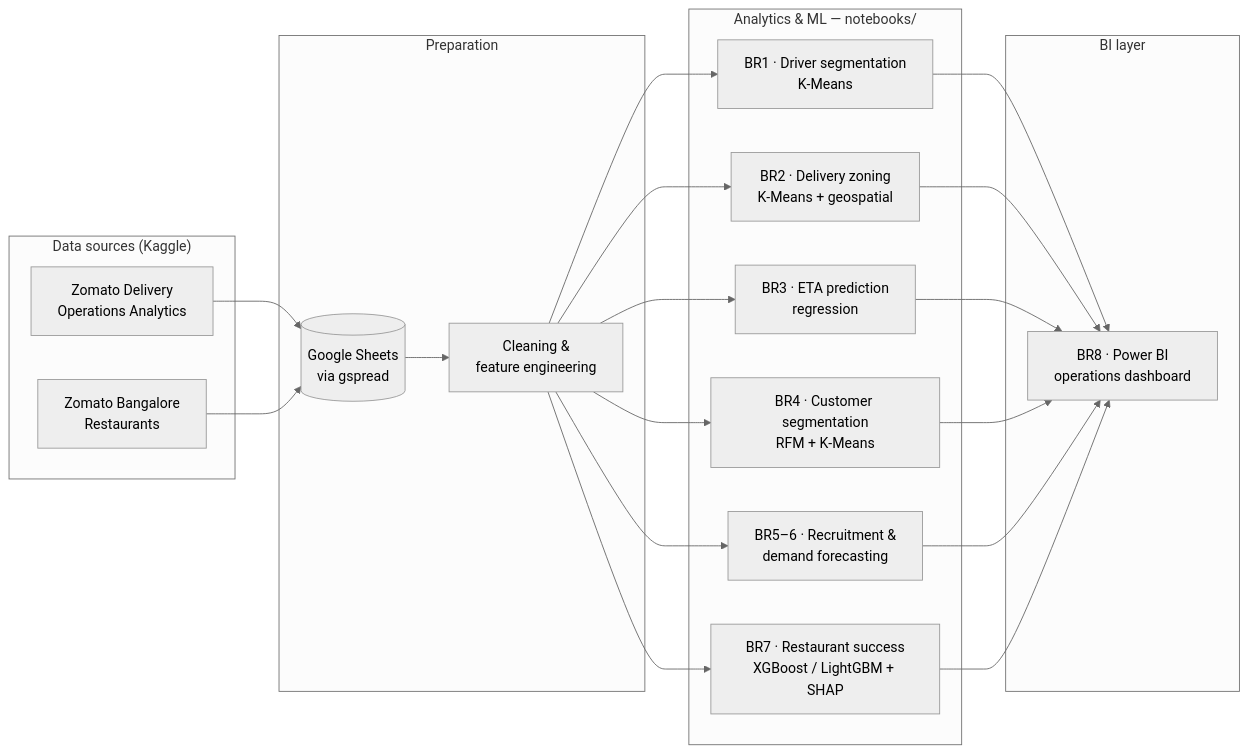
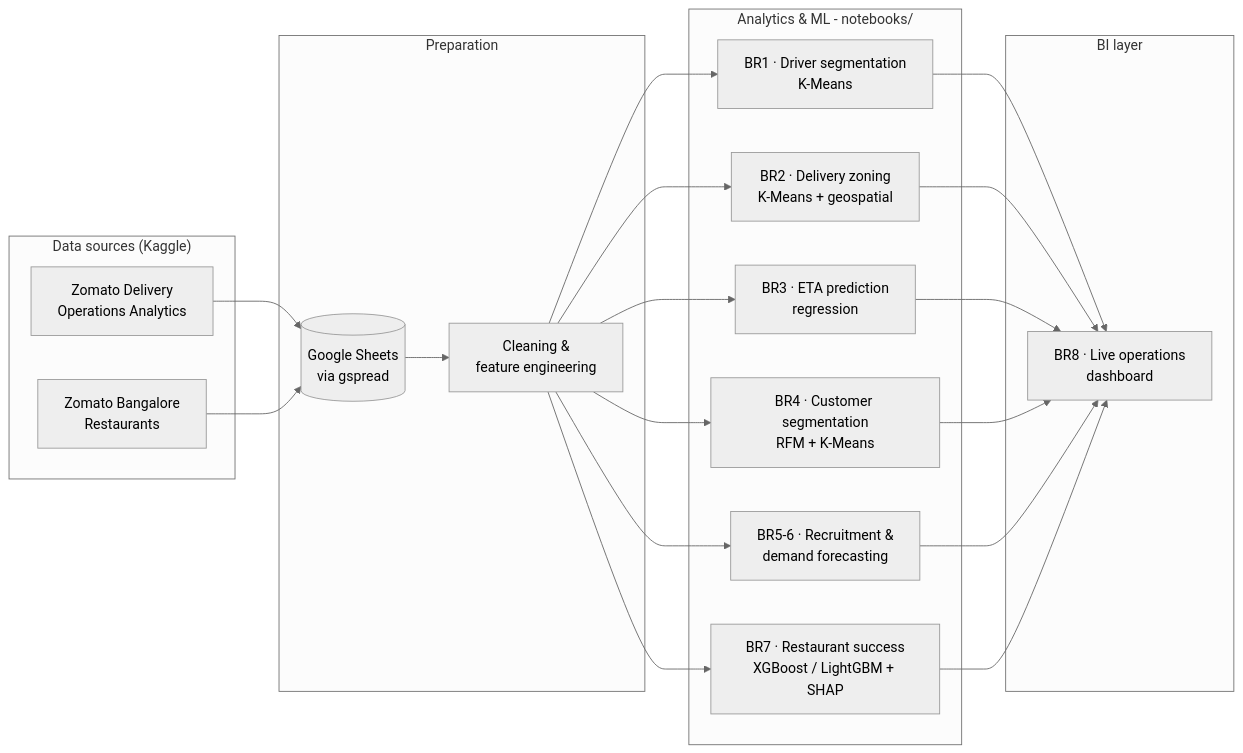
The diagram in README.md (hoainambrvt2001/zomato-transport-bi), drawn with Mermaid (neutral theme) before and after one commit. The commit also changed other lines of this file, not shown here.

Commit message:
Update README.md for new live report

````diff
--- a/README.md
+++ b/README.md
@@ -38,31 +40,31 @@
 ```mermaid
 flowchart LR
     subgraph Sources["Data sources (Kaggle)"]
         D["Zomato Delivery<br/>Operations Analytics"]
         R["Zomato Bangalore<br/>Restaurants"]
     end
 
     subgraph Prep["Preparation"]
         S[("Google Sheets<br/>via gspread")]
         P["Cleaning &<br/>feature engineering"]
     end
 
-    subgraph Models["Analytics & ML — notebooks/"]
-        M1["BR1 · Driver segmentation<br/>K‑Means"]
-        M2["BR2 · Delivery zoning<br/>K‑Means + geospatial"]
+    subgraph Models["Analytics & ML - notebooks/"]
+        M1["BR1 · Driver segmentation<br/>K-Means"]
+        M2["BR2 · Delivery zoning<br/>K-Means + geospatial"]
         M3["BR3 · ETA prediction<br/>regression"]
-        M4["BR4 · Customer segmentation<br/>RFM + K‑Means"]
-        M56["BR5–6 · Recruitment &<br/>demand forecasting"]
+        M4["BR4 · Customer segmentation<br/>RFM + K-Means"]
+        M56["BR5-6 · Recruitment &<br/>demand forecasting"]
         M7["BR7 · Restaurant success<br/>XGBoost / LightGBM + SHAP"]
     end
 
     subgraph BI["BI layer"]
-        DB["BR8 · Power BI<br/>operations dashboard"]
+        DB["BR8 · Live operations<br/>dashboard"]
     end
 
     D --> S
     R --> S
     S --> P
     P --> M1 & M2 & M3 & M4 & M56 & M7
     M1 & M2 & M3 & M4 & M56 & M7 --> DB
 ```
````
